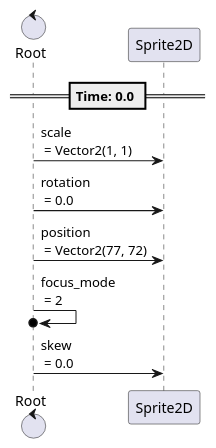
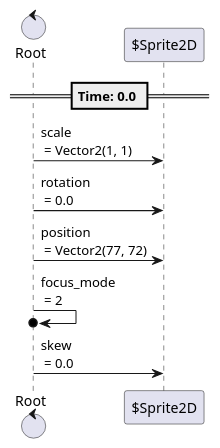
One commit to tkmfujise/Platformer-Game-Learning changed the second of 6 diagrams in content/scenes/src/beginning/chapters/chapter/chapter.tscn.adoc. Above: the diagram before and after it, drawn with PlantUML. The commit also changed other lines of this file and 31 other files, not shown here.

Commit message:
Add prefix $ to node name in animation sequences

```diff
--- a/content/scenes/src/beginning/chapters/chapter/chapter.tscn.adoc
+++ b/content/scenes/src/beginning/chapters/chapter/chapter.tscn.adoc
@@ -55,16 +55,16 @@
 [plantuml]
 ....
-control "Root" as Root
-participant "Sprite2D" as T0
+control "Root" as R
+participant "$Sprite2D" as T0
 
 
 
 == Time: 0.0 ==
-Root  ->  T0 : scale\n = Vector2(1, 1)
-Root  ->  T0 : rotation\n = 0.0
-Root  ->  T0 : position\n = Vector2(77, 72)
-Root  ->o  Root : focus_mode\n = 2
-Root  ->  T0 : skew\n = 0.0
+R  ->  T0 : scale\n = Vector2(1, 1)
+R  ->  T0 : rotation\n = 0.0
+R  ->  T0 : position\n = Vector2(77, 72)
+R  ->o  R : focus_mode\n = 2
+R  ->  T0 : skew\n = 0.0
 
 
 ....
```
